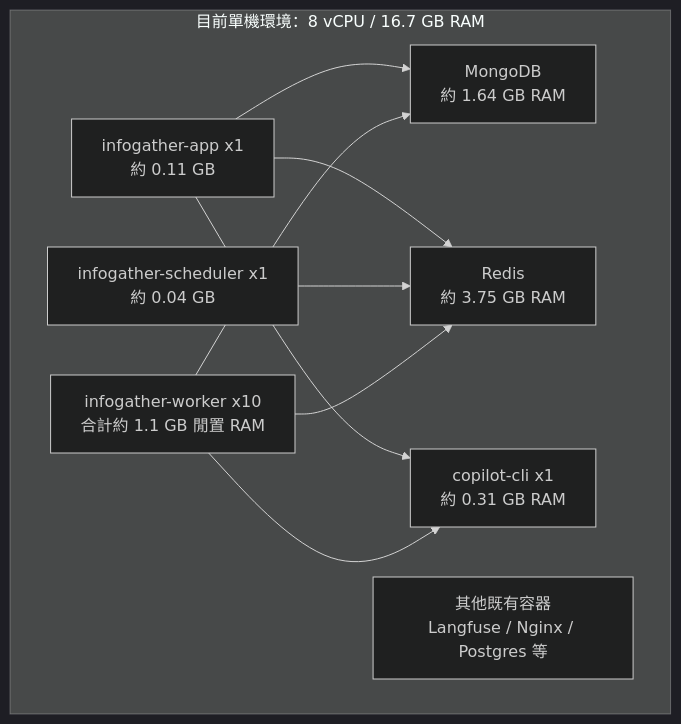
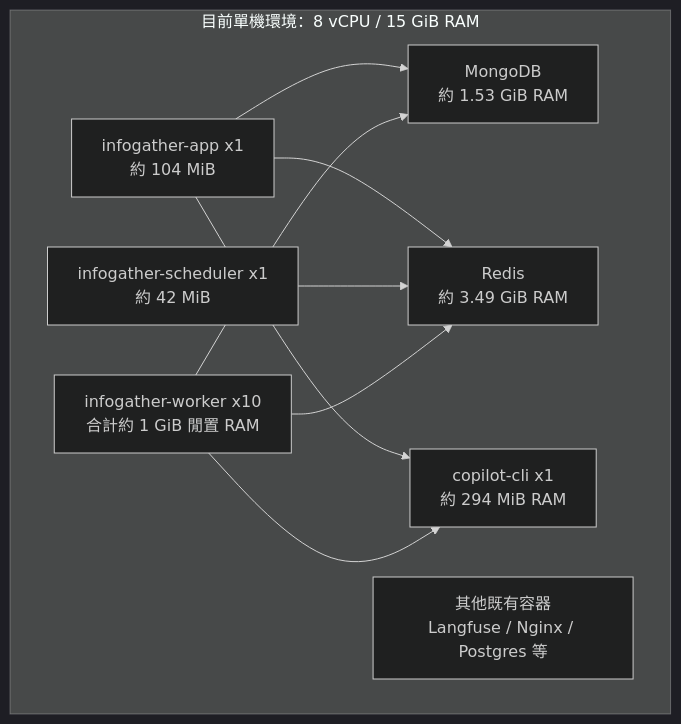
One commit to chunkai1312/temp changed the second of 17 diagrams in production-resource-architecture-proposal.md. Above: the diagram before and after it, drawn with Mermaid (dark theme). The commit also changed other lines of this file, not shown here.

````diff
--- a/production-resource-architecture-proposal.md
+++ b/production-resource-architecture-proposal.md
@@ -77,19 +77,19 @@
 ```mermaid
 flowchart TB
-  subgraph HOST["目前單機環境：8 vCPU / 16.7 GB RAM"]
-    APP["infogather-app x1\n約 0.11 GB"]
-    SCHED["infogather-scheduler x1\n約 0.04 GB"]
-    WORKERS["infogather-worker x10\n合計約 1.1 GB 閒置 RAM"]
-    CLI["copilot-cli x1\n約 0.31 GB RAM"]
-    MONGO["MongoDB\n約 1.64 GB RAM"]
-    REDIS["Redis\n約 3.75 GB RAM"]
+  subgraph HOST["目前單機環境：8 vCPU / 15 GiB RAM"]
+    APP["infogather-app x1\n約 104 MiB"]
+    SCHED["infogather-scheduler x1\n約 42 MiB"]
+    WORKERS["infogather-worker x10\n合計約 1 GiB 閒置 RAM"]
+    CLI["copilot-cli x1\n約 294 MiB RAM"]
+    MONGO["MongoDB\n約 1.53 GiB RAM"]
+    REDIS["Redis\n約 3.49 GiB RAM"]
     OTHER["其他既有容器\nLangfuse / Nginx / Postgres 等"]
   end
   APP --> MONGO
   APP --> REDIS
   APP --> CLI
   SCHED --> REDIS
   WORKERS --> REDIS
   WORKERS --> MONGO
   WORKERS --> CLI
 ```
````
